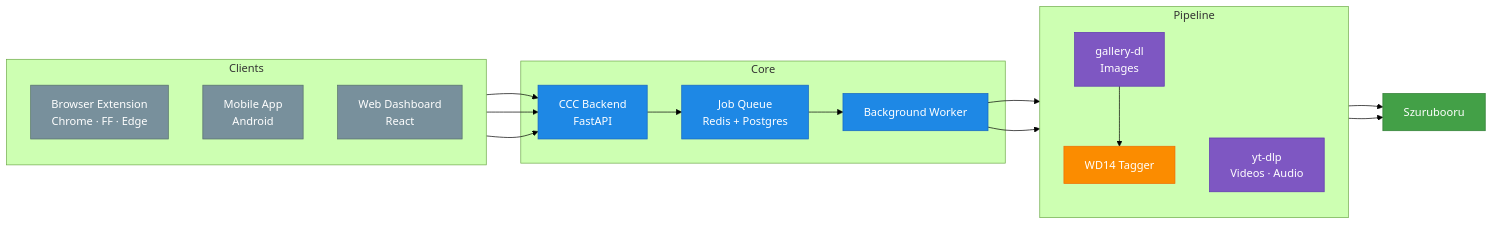
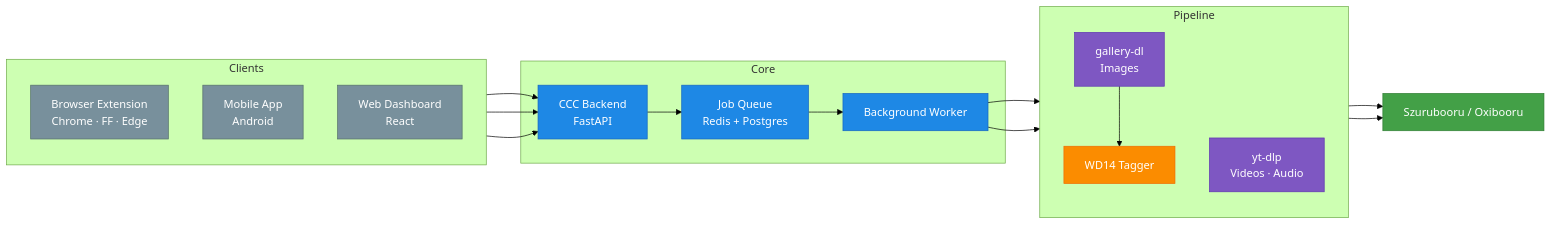
The diagram in README.md (jakedev796/SzurubooruCompanion), drawn with Mermaid (forest theme) before and after one commit. The commit also changed other lines of this file and 3 other files, not shown here.

````diff
--- a/README.md
+++ b/README.md
@@ -78,49 +78,49 @@
 ```mermaid
 flowchart LR
     subgraph Clients
         direction TB
         A[Browser Extension<br/>Chrome · FF · Edge]
         B[Mobile App<br/>Android]
         C[Web Dashboard<br/>React]
     end
 
     subgraph Core
         E[CCC Backend<br/>FastAPI]
         F[Job Queue<br/>Redis + Postgres]
         G[Background Worker]
     end
 
     subgraph Pipeline
         direction TB
         I[gallery-dl<br/>Images]
         J[yt-dlp<br/>Videos · Audio]
         H[WD14 Tagger]
     end
 
-    K[Szurubooru]
+    K[Szurubooru / Oxibooru]
 
     A --> E
     B --> E
     C --> E
 
     E --> F --> G
 
     G --> I
     G --> J
 
     I --> H
     J --> K
 
     H --> K
 
     style E fill:#1e88e5,color:#fff,stroke:#1565c0
     style F fill:#1e88e5,color:#fff,stroke:#1565c0
     style G fill:#1e88e5,color:#fff,stroke:#1565c0
     style H fill:#fb8c00,color:#fff,stroke:#ef6c00
     style K fill:#43a047,color:#fff,stroke:#2e7d32
     style A fill:#78909c,color:#fff,stroke:#546e6a
     style B fill:#78909c,color:#fff,stroke:#546e6a
     style C fill:#78909c,color:#fff,stroke:#546e6a
     style I fill:#7e57c2,color:#fff,stroke:#5e35b1
     style J fill:#7e57c2,color:#fff,stroke:#5e35b1
 ```
````
